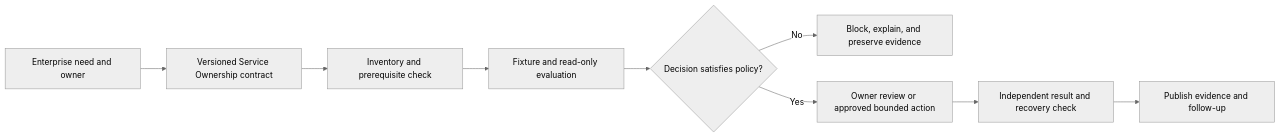
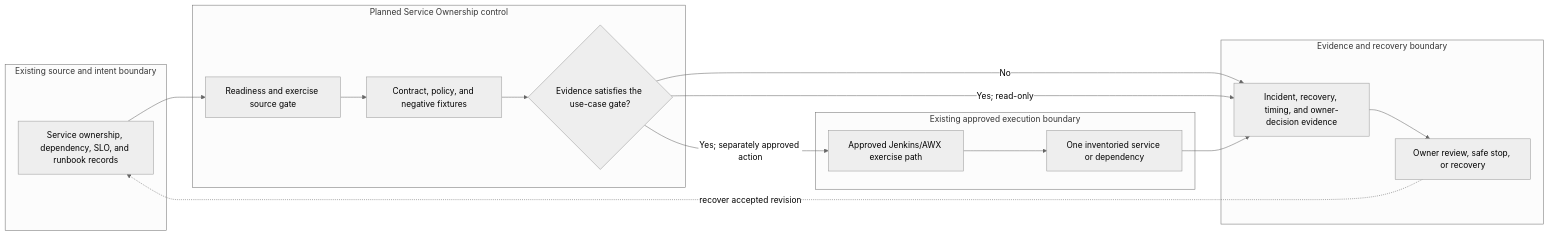
Before and after one commit to MIDHTECH/enterprise-architecture-docs: the diagram in docs/use-cases/resilience/UC-RSO-009-service-ownership.md, drawn with Mermaid (neutral theme). The commit also changed other lines of this file and 227 other files, not shown here.

Commit message:
Deepen architecture for all use case designs

````diff
--- a/docs/use-cases/resilience/UC-RSO-009-service-ownership.md
+++ b/docs/use-cases/resilience/UC-RSO-009-service-ownership.md
@@ -136,11 +129,25 @@
 ```mermaid
 flowchart LR
-    Need["Enterprise need and owner"] --> Contract["Versioned Service Ownership contract"]
-    Contract --> Preflight["Inventory and prerequisite check"]
-    Preflight --> Evaluate["Fixture and read-only evaluation"]
-    Evaluate --> Decision{"Decision satisfies policy?"}
-    Decision -->|No| Stop["Block, explain, and preserve evidence"]
-    Decision -->|Yes| Review["Owner review or approved bounded action"]
-    Review --> Verify["Independent result and recovery check"]
-    Verify --> Publish["Publish evidence and follow-up"]
+    subgraph Source["Existing source and intent boundary"]
+        A["Service ownership, dependency, SLO, and runbook records"]
+    end
+    subgraph Planned["Planned Service Ownership control"]
+        B["Readiness and exercise source gate"]
+        C["Contract, policy, and negative fixtures"]
+        D{"Evidence satisfies the use-case gate?"}
+    end
+    subgraph Runtime["Existing approved execution boundary"]
+        E["Approved Jenkins/AWX exercise path"]
+        F["One inventoried service or dependency"]
+    end
+    subgraph Assurance["Evidence and recovery boundary"]
+        G["Incident, recovery, timing, and owner-decision evidence"]
+        H["Owner review, safe stop, or recovery"]
+    end
+
+    A --> B --> C --> D
+    D -->|No| G --> H
+    D -->|Yes; read-only| G
+    D -->|Yes; separately approved action| E --> F --> G
+    H -. recover accepted revision .-> A
 ```
````
